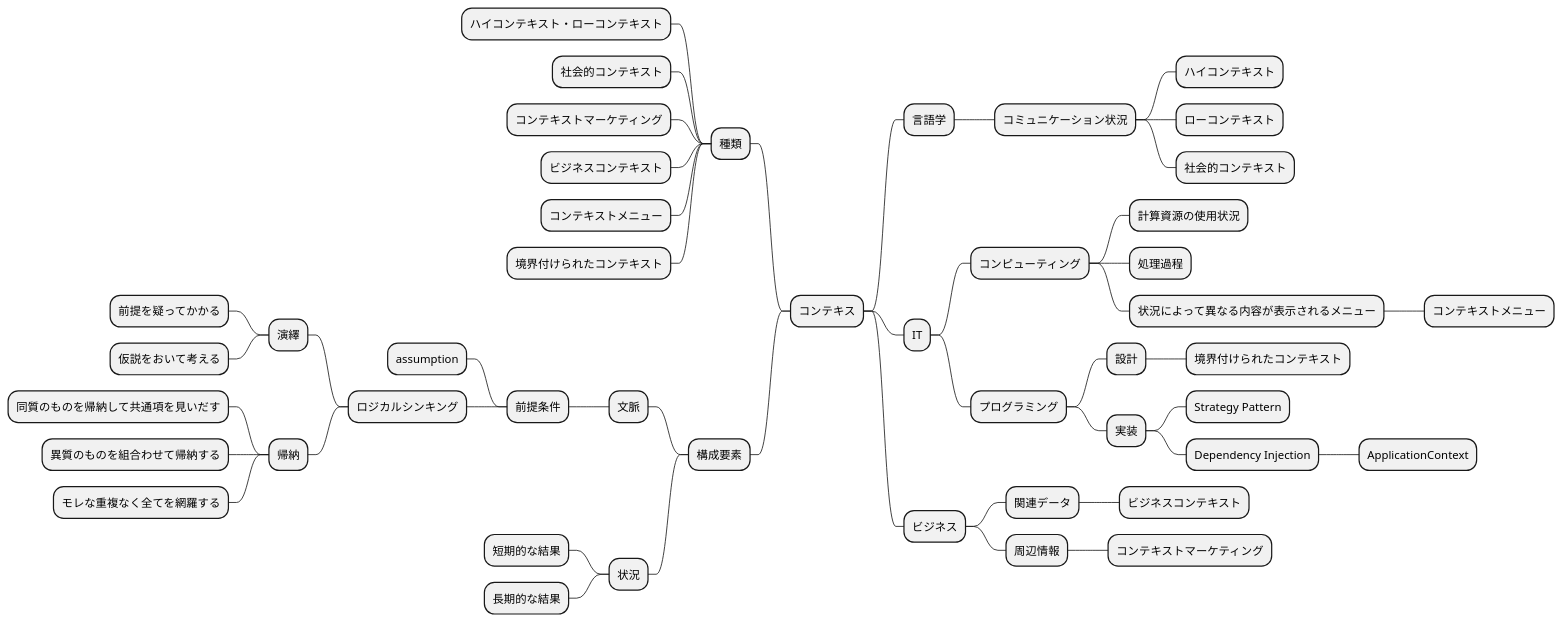
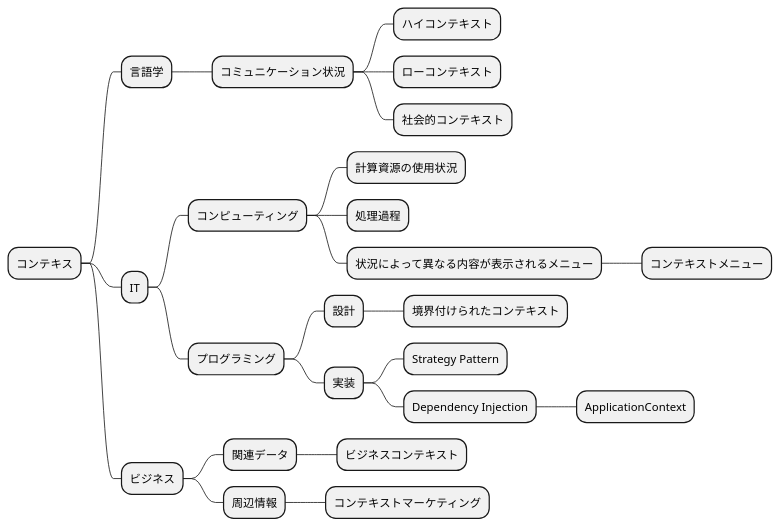
Before and after one commit to k2works/pragmatic-presentation-exercise-2024: diagram 12 of 16 in docs/slides/episode03.md, drawn with PlantUML. The commit also changed other lines of this file, not shown here.

````diff
--- a/docs/slides/episode03.md
+++ b/docs/slides/episode03.md
@@ -85,52 +355,30 @@
 ```plantuml
 @startmindmap
 
 * コンテキス
--- 種類
---- ハイコンテキスト・ローコンテキスト
---- 社会的コンテキスト
---- コンテキストマーケティング
---- ビジネスコンテキスト
---- コンテキストメニュー
---- 境界付けられたコンテキスト
--- 構成要素
---- 文脈
----- 前提条件
------ assumption
------ ロジカルシンキング
------- 演繹
-------- 前提を疑ってかかる
-------- 仮説をおいて考える
------- 帰納
-------- 同質のものを帰納して共通項を見いだす
-------- 異質のものを組合わせて帰納する
-------- モレな重複なく全てを網羅する
---- 状況
----- 短期的な結果
----- 長期的な結果
 ** 言語学
 *** コミュニケーション状況
 **** ハイコンテキスト
 **** ローコンテキスト
 **** 社会的コンテキスト
 ** IT
 *** コンピューティング
 **** 計算資源の使用状況
 **** 処理過程
 **** 状況によって異なる内容が表示されるメニュー
 ***** コンテキストメニュー
 *** プログラミング
 **** 設計
 ***** 境界付けられたコンテキスト
 **** 実装
 ***** Strategy Pattern
 ***** Dependency Injection
 ****** ApplicationContext
 ** ビジネス
 *** 関連データ
 **** ビジネスコンテキスト
 *** 周辺情報
 **** コンテキストマーケティング
 
 @endmindmap
 ```
````
